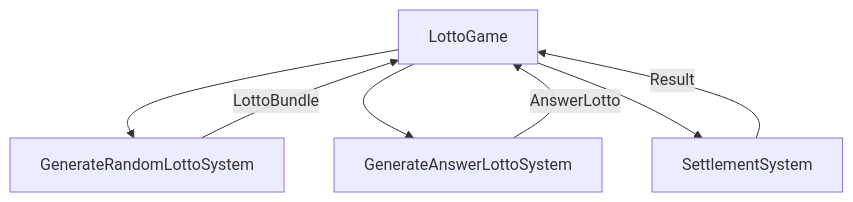
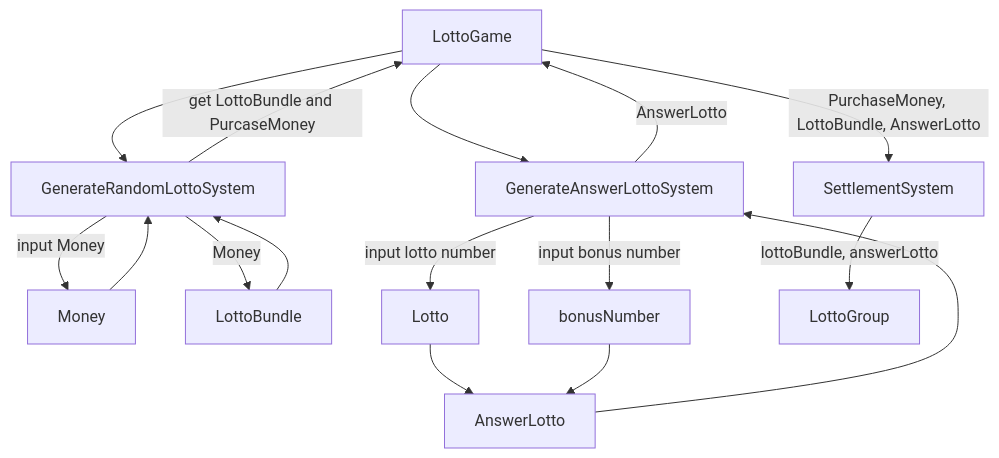
Before and after one commit to woowacourse-precourse/java-lotto: the diagram in docs/README.md, drawn with Mermaid.

Commit message:
docs : 다이어그램 변경

````diff
--- a/docs/README.md
+++ b/docs/README.md
@@ -25,7 +25,19 @@
 ```mermaid
 flowchart
- LottoGame --> GenerateRandomLottoSystem -- LottoBundle --> LottoGame
+ LottoGame --> GenerateRandomLottoSystem -- get LottoBundle and PurcaseMoney --> LottoGame
  LottoGame --> GenerateAnswerLottoSystem -- AnswerLotto --> LottoGame
- LottoGame --> SettlementSystem -- Result --> LottoGame
+ LottoGame -- PurchaseMoney, LottoBundle, AnswerLotto --> SettlementSystem
+ 
+ GenerateRandomLottoSystem -- input Money --> Money --> 
+ GenerateRandomLottoSystem-- Money --> LottoBundle --> GenerateRandomLottoSystem
+ 
+ GenerateAnswerLottoSystem -- input lotto number --> Lotto --> AnswerLotto
+ GenerateAnswerLottoSystem -- input bonus number --> bonusNumber --> AnswerLotto
+ 
+ AnswerLotto --> GenerateAnswerLottoSystem
+ 
+ SettlementSystem -- lottoBundle, answerLotto --> LottoGroup
+ 
+ 
  
 ```
````
